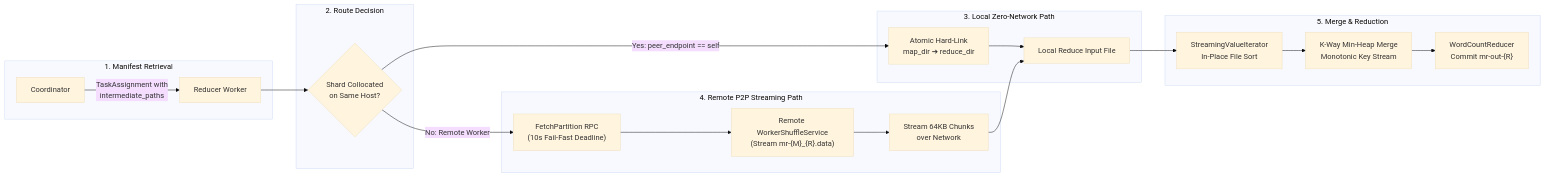
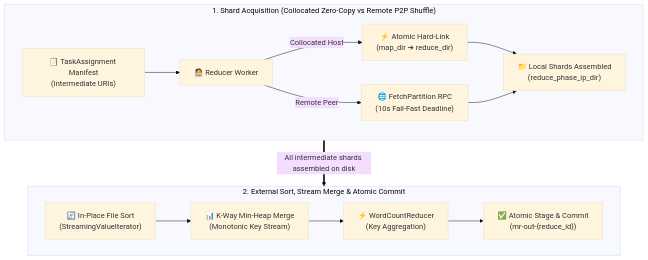
The third of 5 diagrams in README.md (Ging1Freecss/map_reduce_), drawn with Mermaid (base theme) before and after one commit. The commit also changed other lines of this file, not shown here.

````diff
--- a/README.md
+++ b/README.md
@@ -111,28 +115,24 @@
 ```mermaid
-flowchart LR
-    subgraph Manifest ["1. Manifest Retrieval"]
-        Coord["Coordinator"] -->|TaskAssignment with<br/>intermediate_paths| Reducer["Reducer Worker"]
+flowchart TD
+    subgraph Acquisition ["1. Shard Acquisition (Collocated Zero-Copy vs Remote P2P Shuffle)"]
+        direction LR
+        Manifest["📋 TaskAssignment Manifest<br/>(Intermediate URIs)"]
+        --> Reducer["🧑‍💻 Reducer Worker"]
+        
+        Reducer -->|Collocated Host| HardLink["⚡ Atomic Hard-Link<br/>(map_dir ➔ reduce_dir)"]
+        Reducer -->|Remote Peer| P2P["🌐 FetchPartition RPC<br/>(10s Fail-Fast Deadline)"]
+        
+        HardLink --> ShardFiles["📁 Local Shards Assembled<br/>(reduce_phase_ip_dir)"]
+        P2P --> ShardFiles
     end
 
-    subgraph Routing ["2. Route Decision"]
-        Reducer --> Check{"Shard Collocated<br/>on Same Host?"}
+    subgraph Processing ["2. External Sort, Stream Merge & Atomic Commit"]
+        direction LR
+        InPlaceSort["🔄 In-Place File Sort<br/>(StreamingValueIterator)"]
+        --> HeapMerge["📊 K-Way Min-Heap Merge<br/>(Monotonic Key Stream)"]
+        --> ReducerExec["⚡ WordCountReducer<br/>(Key Aggregation)"]
+        --> CommitOut["✅ Atomic Stage & Commit<br/>(mr-out-{reduce_id})"]
     end
 
-    subgraph Collocated ["3. Local Zero-Network Path"]
-        Check -->|Yes: peer_endpoint == self| HardLink["Atomic Hard-Link<br/>map_dir ➔ reduce_dir"]
-        HardLink --> LocalInput["Local Reduce Input File"]
-    end
-
-    subgraph RemoteP2P ["4. Remote P2P Streaming Path"]
-        Check -->|No: Remote Worker| P2P["FetchPartition RPC<br/>(10s Fail-Fast Deadline)"]
-        P2P --> PeerService["Remote WorkerShuffleService<br/>(Stream mr-{M}_{R}.data)"]
-        PeerService --> StreamBack["Stream 64KB Chunks<br/>over Network"]
-        StreamBack --> LocalInput
-    end
-
-    subgraph Execution ["5. Merge & Reduction"]
-        LocalInput --> InPlaceSort["StreamingValueIterator<br/>In-Place File Sort"]
-        InPlaceSort --> HeapMerge["K-Way Min-Heap Merge<br/>Monotonic Key Stream"]
-        HeapMerge --> ReducerExec["WordCountReducer<br/>Commit mr-out-{R}"]
-    end
+    Acquisition ==>|All intermediate shards assembled on disk| Processing
 ```
````
